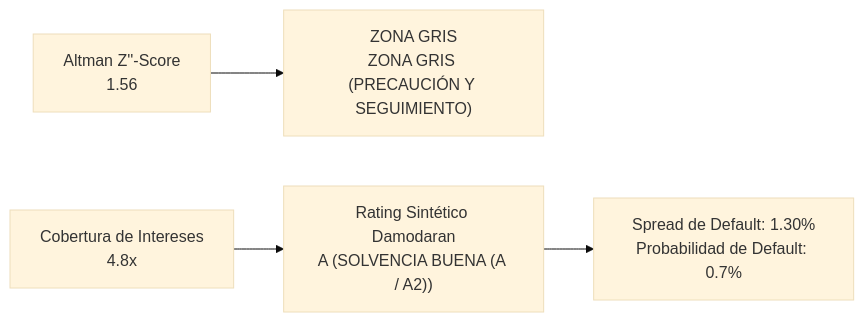
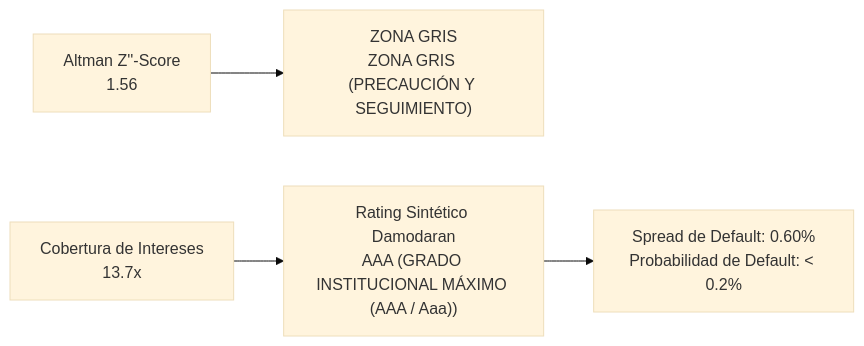
Before and after one commit to PabloS107/analisis-fundamental-acciones: the diagram in drive_input/MELI/processed/Analisis_Resultados_Q2_2026_MELI.md, drawn with Mermaid (base theme). The commit also changed other lines of this file and 297 other files, not shown here.

````diff
--- a/drive_input/MELI/processed/Analisis_Resultados_Q2_2026_MELI.md
+++ b/drive_input/MELI/processed/Analisis_Resultados_Q2_2026_MELI.md
@@ -640,6 +648,6 @@
 ```mermaid
 graph LR
     Z["Altman Z''-Score<br>1.56"] --> Z1["ZONA GRIS<br>ZONA GRIS (PRECAUCIÓN Y SEGUIMIENTO)"]
-    R["Cobertura de Intereses<br>4.8x"] --> R1["Rating Sintético Damodaran<br>A (SOLVENCIA BUENA (A / A2))"]
-    R1 --> S["Spread de Default: 1.30%<br>Probabilidad de Default: 0.7%"]
+    R["Cobertura de Intereses<br>13.7x"] --> R1["Rating Sintético Damodaran<br>AAA (GRADO INSTITUCIONAL MÁXIMO (AAA / Aaa))"]
+    R1 --> S["Spread de Default: 0.60%<br>Probabilidad de Default: < 0.2%"]
 ```
````
